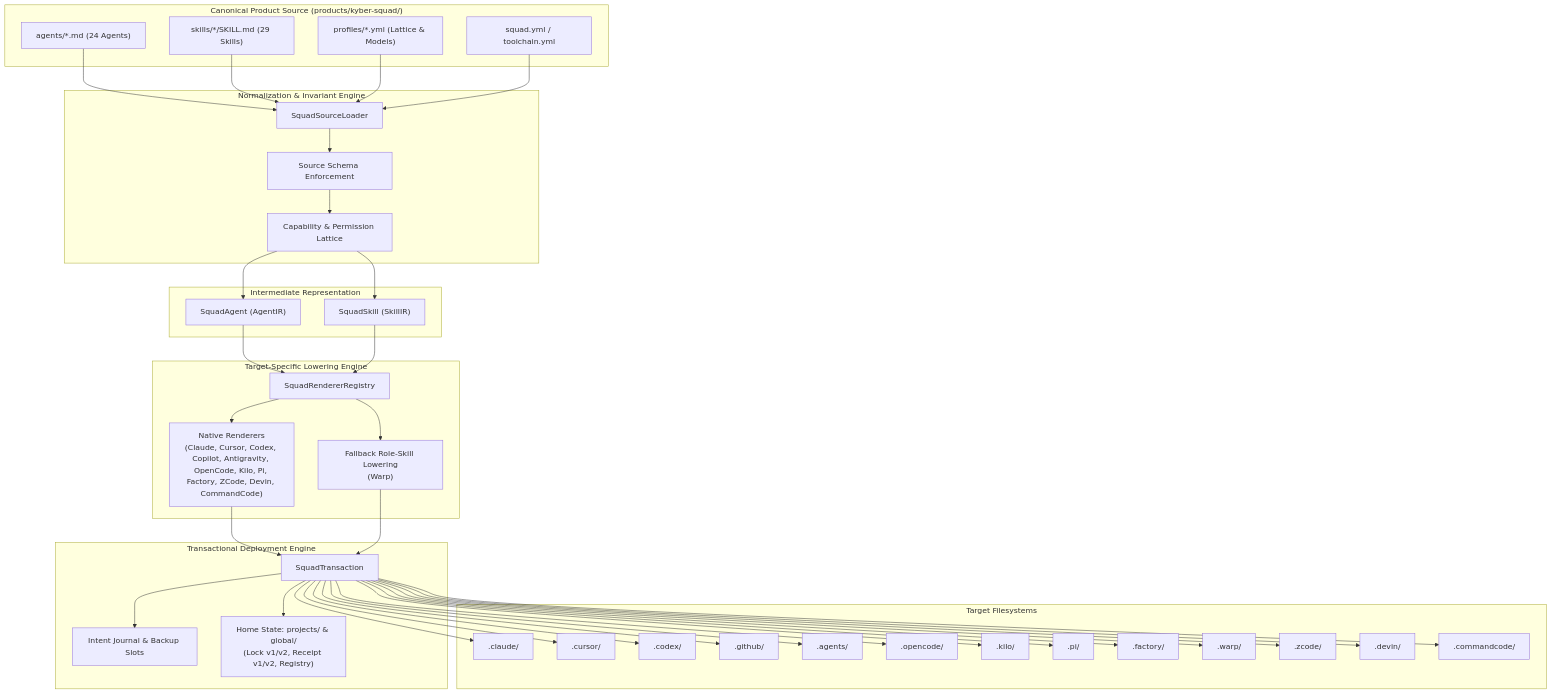
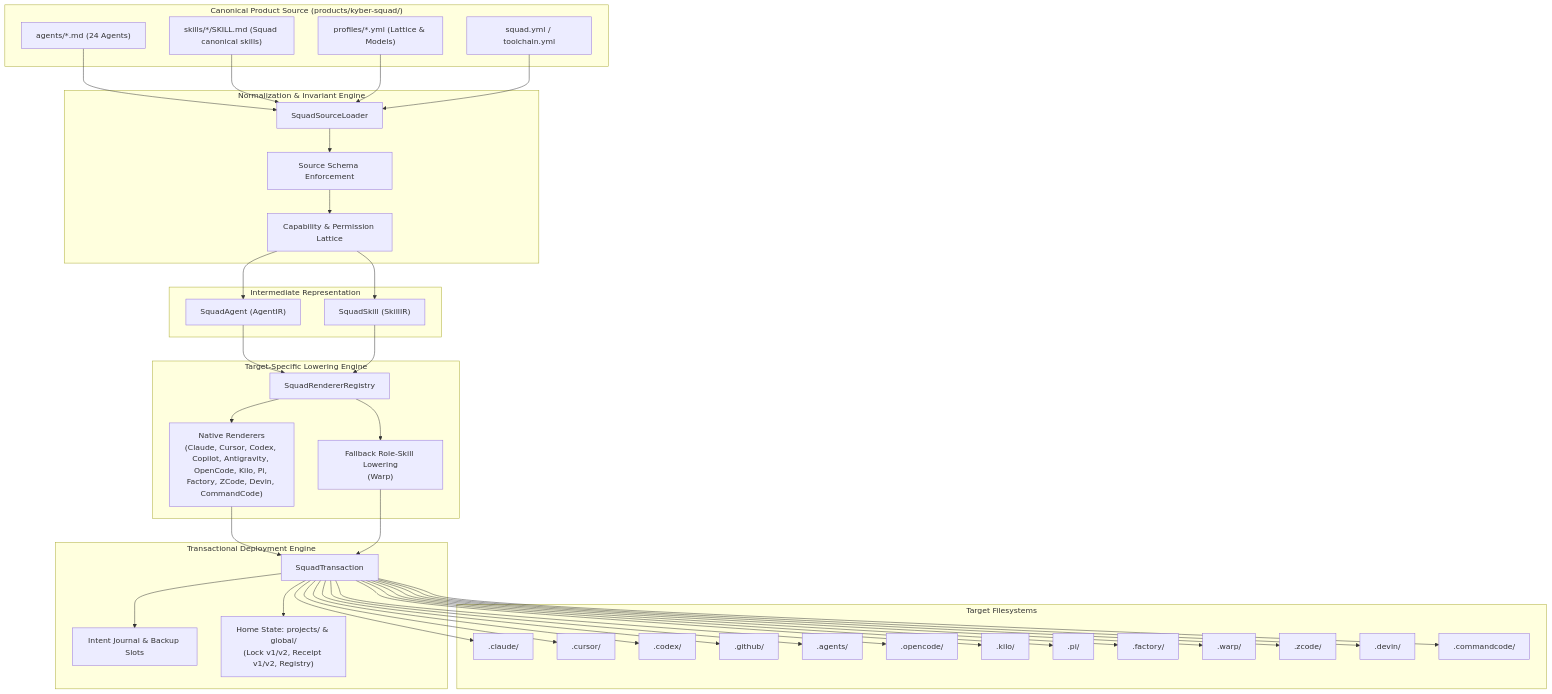
One commit to dpalfery/kyber-weave changed the first of 5 diagrams in docs/kyber-squad/architecture.md. Above: the diagram before and after it, drawn with Mermaid. The commit also changed other lines of this file and 8 other files, not shown here.

Commit message:
docs(squad): drop hardcoded skill counts; test pins names instead of 29

```diff
--- a/docs/kyber-squad/architecture.md
+++ b/docs/kyber-squad/architecture.md
@@ -103,7 +103,7 @@
 flowchart TD
     subgraph Canonical["Canonical Product Source (products/kyber-squad/)"]
         Agents["agents/*.md (24 Agents)"]
-        Skills["skills/*/SKILL.md (29 Skills)"]
+        Skills["skills/*/SKILL.md (Squad canonical skills)"]
         Profiles["profiles/*.yml (Lattice & Models)"]
         Catalog["squad.yml / toolchain.yml"]
     end
```
